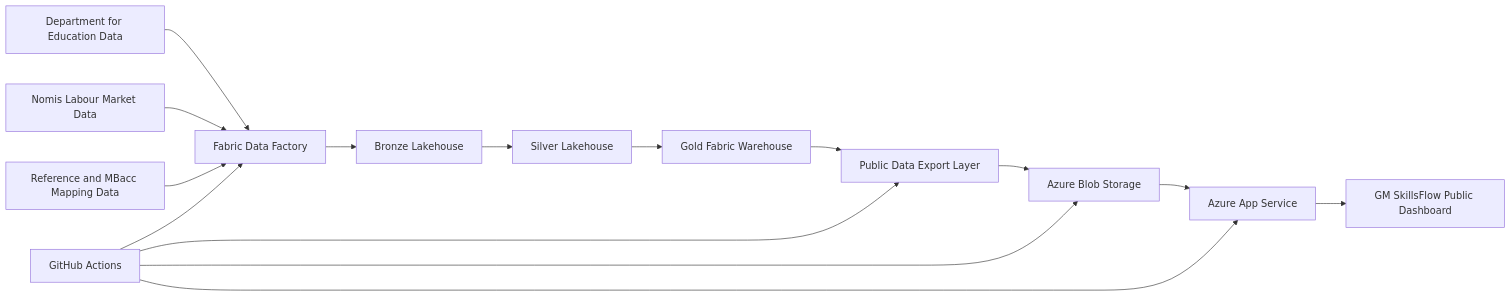
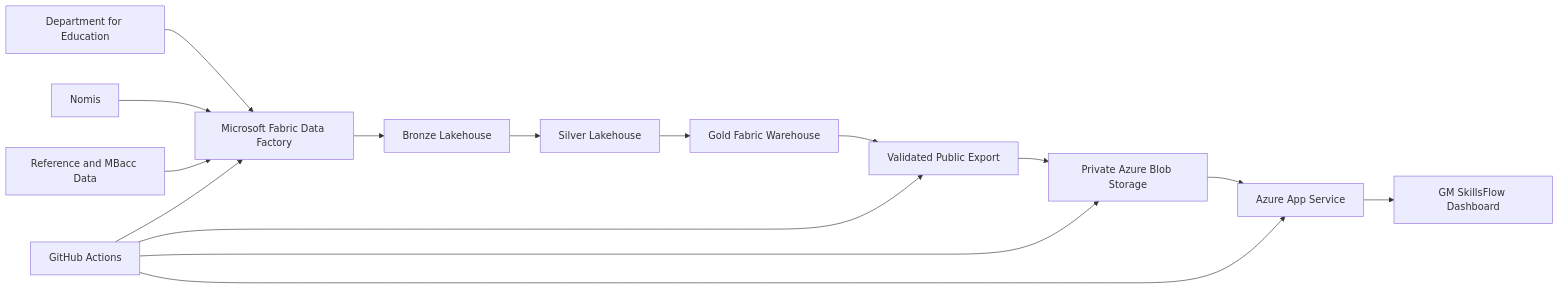
Before and after one commit to kamilkenny/greater-manchester-skills-opportunity-intelligence: the first of 10 diagrams in README.md, drawn with Mermaid. The commit also changed other lines of this file, not shown here.

````diff
--- a/README.md
+++ b/README.md
@@ -57,26 +72,38 @@
 ```mermaid
 flowchart LR
 
-    A[Department for Education Data] --> B[Fabric Data Factory]
-    C[Nomis Labour Market Data] --> B
-    D[Reference and MBacc Mapping Data] --> B
+    DFE[Department for Education]
+    NOMIS[Nomis]
+    REF[Reference and MBacc Data]
 
-    B --> E[Bronze Lakehouse]
+    FABRIC[Microsoft Fabric Data Factory]
 
-    E --> F[Silver Lakehouse]
+    BRONZE[Bronze Lakehouse]
+    SILVER[Silver Lakehouse]
+    GOLD[Gold Fabric Warehouse]
 
-    F --> G[Gold Fabric Warehouse]
+    EXPORT[Validated Public Export]
+    BLOB[Private Azure Blob Storage]
+    APP[Azure App Service]
+    DASH[GM SkillsFlow Dashboard]
 
-    G --> H[Public Data Export Layer]
+    GH[GitHub Actions]
 
-    H --> I[Azure Blob Storage]
+    DFE --> FABRIC
+    NOMIS --> FABRIC
+    REF --> FABRIC
 
-    I --> J[Azure App Service]
+    FABRIC --> BRONZE
+    BRONZE --> SILVER
+    SILVER --> GOLD
 
-    J --> K[GM SkillsFlow Public Dashboard]
+    GOLD --> EXPORT
+    EXPORT --> BLOB
+    BLOB --> APP
+    APP --> DASH
 
-    L[GitHub Actions] --> B
-    L --> H
-    L --> I
-    L --> J
+    GH --> FABRIC
+    GH --> EXPORT
+    GH --> BLOB
+    GH --> APP
 ```
````
